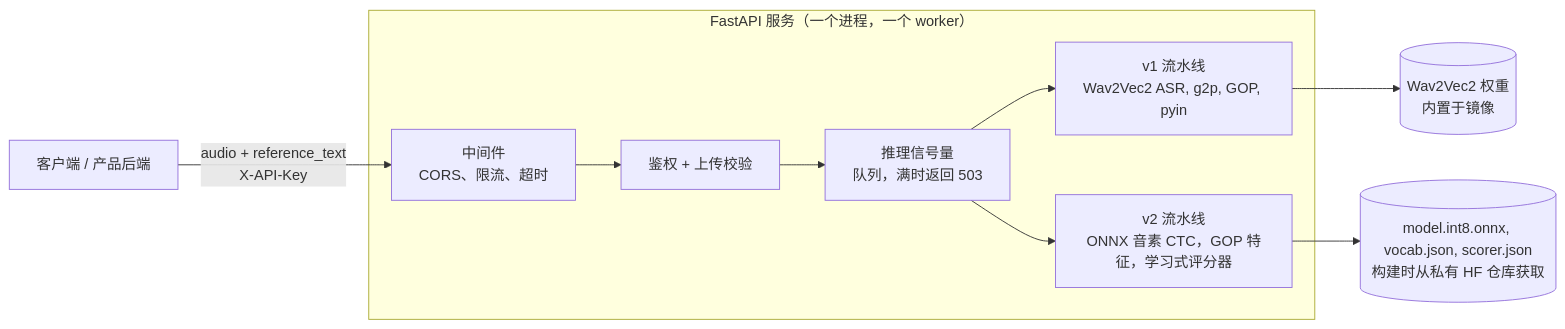
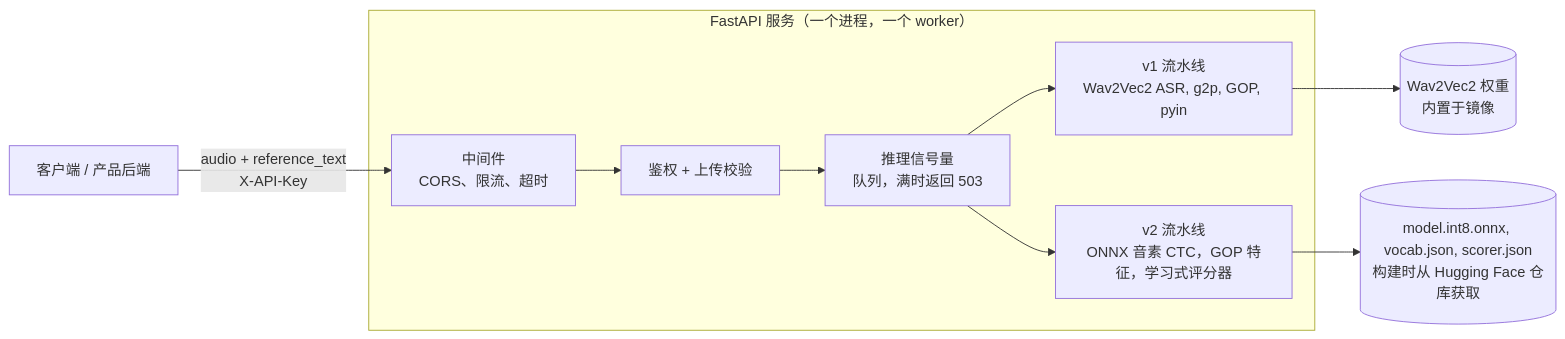
The first of 2 diagrams in languages/zh/README.md (dris1153/pronunciation-service), drawn with Mermaid before and after one commit. The commit also changed other lines of this file and 40 other files, not shown here.

````diff
--- a/languages/zh/README.md
+++ b/languages/zh/README.md
@@ -52,12 +52,12 @@
 ```mermaid
 flowchart LR
     client["客户端 / 产品后端"] -->|"audio + reference_text<br/>X-API-Key"| mw
     subgraph svc["FastAPI 服务（一个进程，一个 worker）"]
         mw["中间件<br/>CORS、限流、超时"] --> val["鉴权 + 上传校验"]
         val --> sem["推理信号量<br/>队列，满时返回 503"]
         sem --> v1["v1 流水线<br/>Wav2Vec2 ASR, g2p, GOP, pyin"]
         sem --> v2["v2 流水线<br/>ONNX 音素 CTC，GOP 特征，学习式评分器"]
     end
     v1 --> w1[("Wav2Vec2 权重<br/>内置于镜像")]
-    v2 --> w2[("model.int8.onnx, vocab.json, scorer.json<br/>构建时从私有 HF 仓库获取")]
+    v2 --> w2[("model.int8.onnx, vocab.json, scorer.json<br/>构建时从 Hugging Face 仓库获取")]
 ```
````
